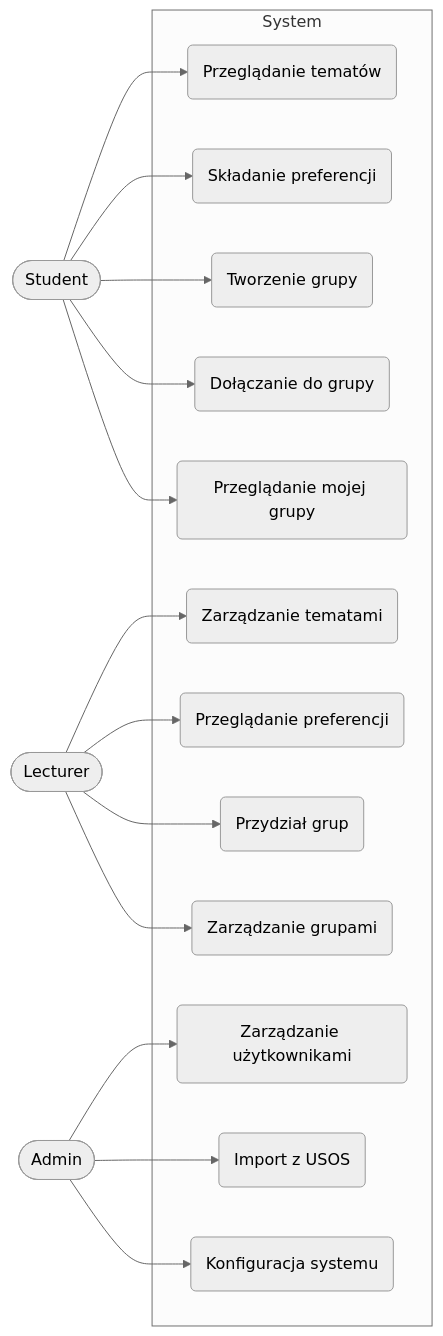
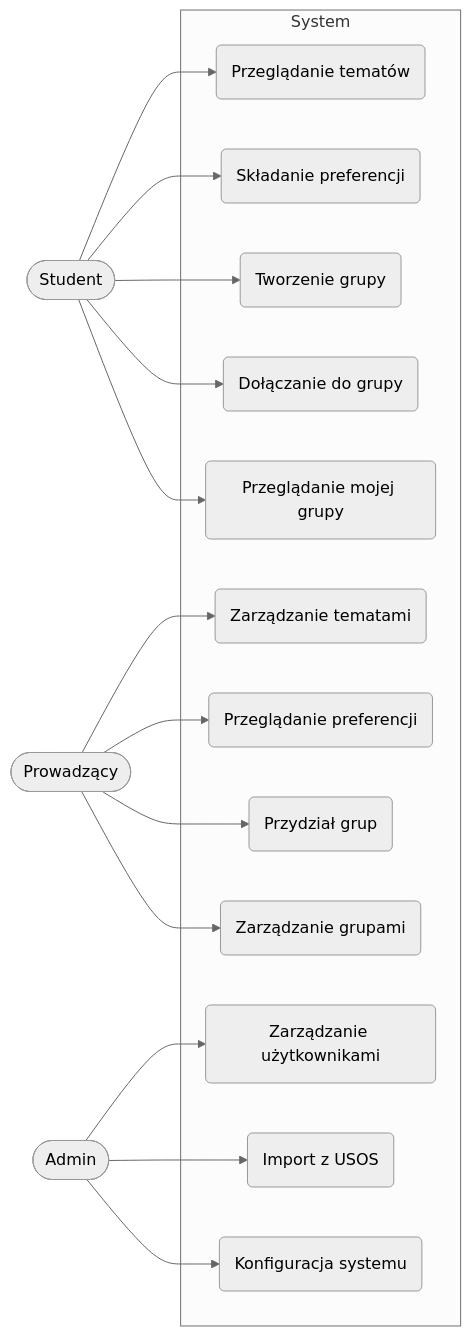
One commit to MateuszRut7/Aplikacja-webowa-do-obslugi-przedmiotu-Projekt-Grupowy changed the diagram in docs/requirements-analysis.md. Above: the diagram before and after it, drawn with Mermaid (neutral theme). The commit also changed other lines of this file, not shown here.

Commit message:
Update lecturer name and university in document

````diff
--- a/docs/requirements-analysis.md
+++ b/docs/requirements-analysis.md
@@ -137,38 +137,38 @@
 ```mermaid
 flowchart LR
     actor1([Student])
-    actor2([Lecturer])
+    actor2([Prowadzący])
     actor3([Admin])
 
     subgraph System
         uc1(Przeglądanie tematów)
         uc2(Składanie preferencji)
         uc3(Tworzenie grupy)
         uc4(Dołączanie do grupy)
         uc5(Przeglądanie mojej grupy)
 
         uc6(Zarządzanie tematami)
         uc7(Przeglądanie preferencji)
         uc8(Przydział grup)
         uc9(Zarządzanie grupami)
 
         uc10(Zarządzanie użytkownikami)
         uc11(Import z USOS)
         uc12(Konfiguracja systemu)
     end
 
     actor1 --> uc1
     actor1 --> uc2
     actor1 --> uc3
     actor1 --> uc4
     actor1 --> uc5
 
     actor2 --> uc6
     actor2 --> uc7
     actor2 --> uc8
     actor2 --> uc9
 
     actor3 --> uc10
     actor3 --> uc11
     actor3 --> uc12
 ```
````
